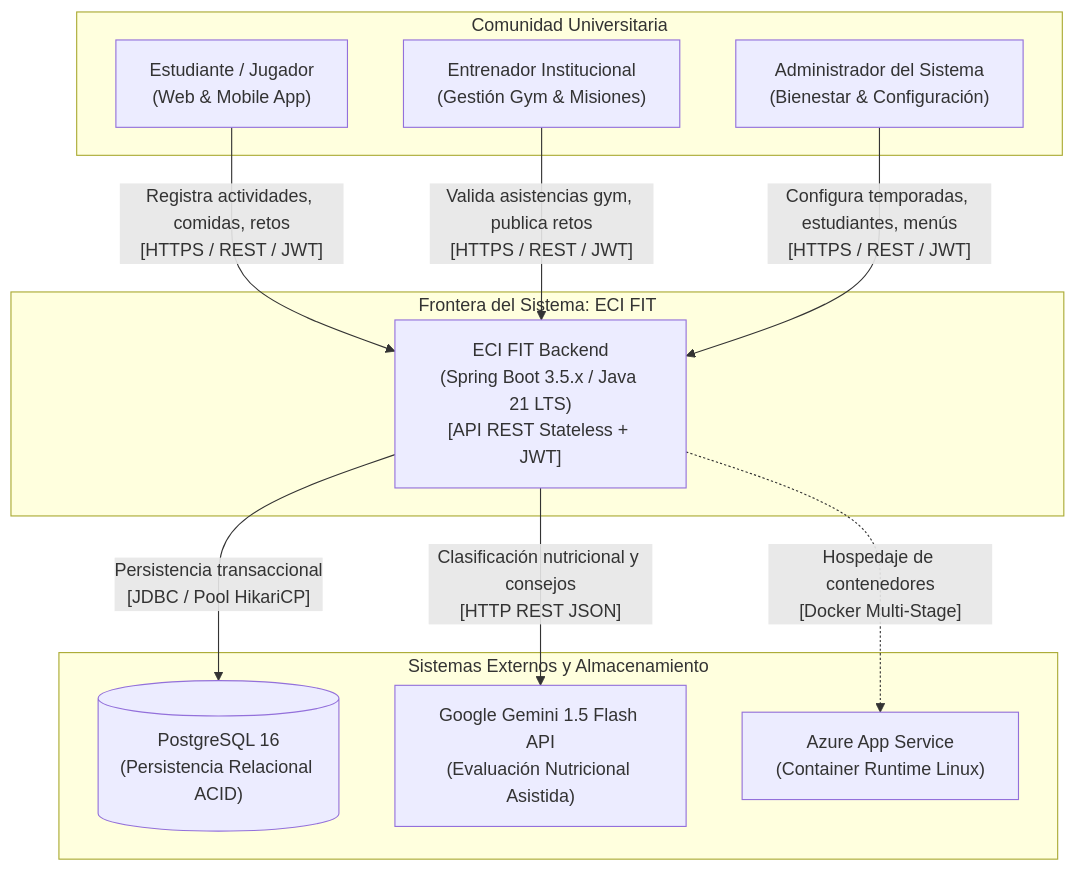
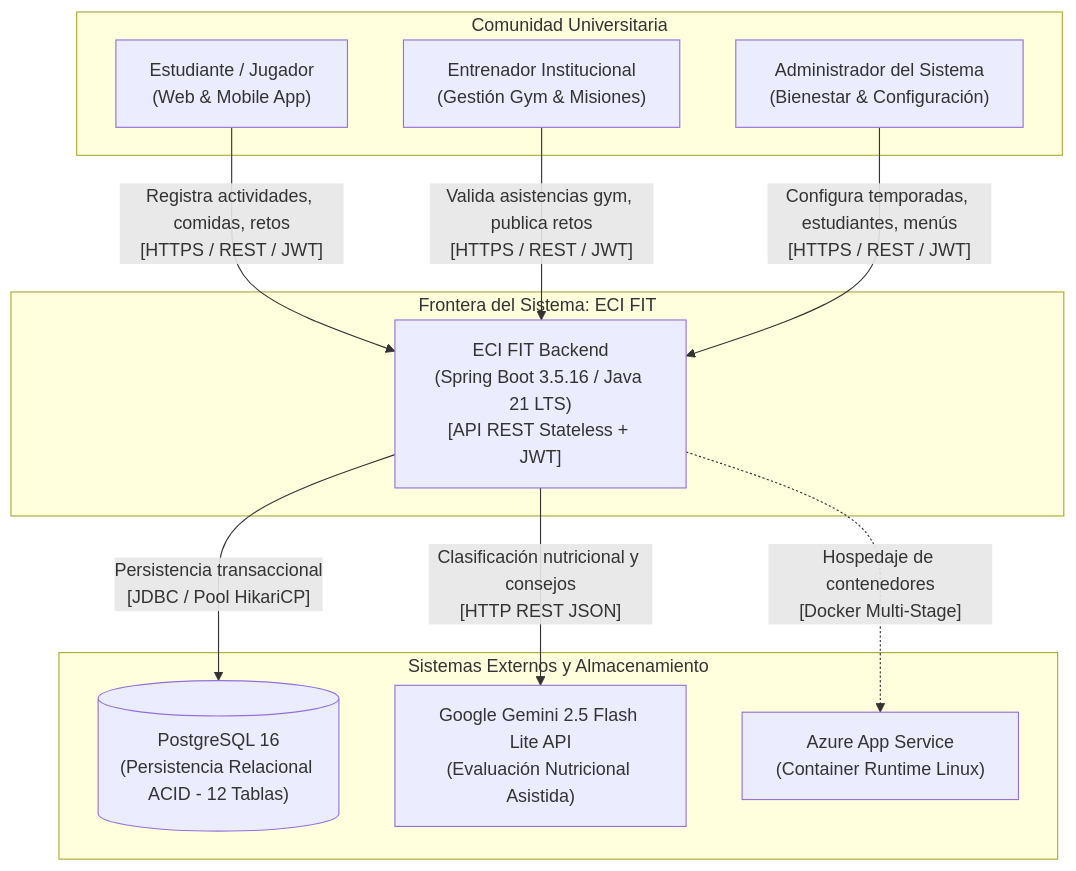
One commit to ECI-FIT/ecifit-backend changed the first of 5 diagrams in docs/arquitectura-hld.md. Above: the diagram before and after it, drawn with Mermaid. The commit also changed other lines of this file, not shown here.

Commit message:
docs(arquitectura): erradicar rutas locales, cuadrar matriz 42 RFs 1:1, sincronizar 12 entidades JPA y unificar modelo Gemini 2.5 Flash Lite

````diff
--- a/docs/arquitectura-hld.md
+++ b/docs/arquitectura-hld.md
@@ -25,26 +25,26 @@
 ```mermaid
 flowchart TD
     subgraph Actores["Comunidad Universitaria"]
         Estudiante["Estudiante / Jugador\n(Web & Mobile App)"]
         Entrenador["Entrenador Institucional\n(Gestión Gym & Misiones)"]
         Admin["Administrador del Sistema\n(Bienestar & Configuración)"]
     end
 
     subgraph Frontera["Frontera del Sistema: ECI FIT"]
-        Backend["ECI FIT Backend\n(Spring Boot 3.5.x / Java 21 LTS)\n[API REST Stateless + JWT]"]
+        Backend["ECI FIT Backend\n(Spring Boot 3.5.16 / Java 21 LTS)\n[API REST Stateless + JWT]"]
     end
 
     subgraph Externos["Sistemas Externos y Almacenamiento"]
-        Postgres[("PostgreSQL 16\n(Persistencia Relacional ACID)")]
-        GeminiAPI["Google Gemini 1.5 Flash API\n(Evaluación Nutricional Asistida)"]
+        Postgres[("PostgreSQL 16\n(Persistencia Relacional ACID - 12 Tablas)")]
+        GeminiAPI["Google Gemini 2.5 Flash Lite API\n(Evaluación Nutricional Asistida)"]
         AzureCloud["Azure App Service\n(Container Runtime Linux)"]
     end
 
     Estudiante -->|"Registra actividades, comidas, retos\n[HTTPS / REST / JWT]"| Backend
     Entrenador -->|"Valida asistencias gym, publica retos\n[HTTPS / REST / JWT]"| Backend
     Admin -->|"Configura temporadas, estudiantes, menús\n[HTTPS / REST / JWT]"| Backend
 
     Backend -->|"Persistencia transaccional\n[JDBC / Pool HikariCP]"| Postgres
     Backend -->|"Clasificación nutricional y consejos\n[HTTP REST JSON]"| GeminiAPI
     Backend -.->|"Hospedaje de contenedores\n[Docker Multi-Stage]"| AzureCloud
 ```
````
